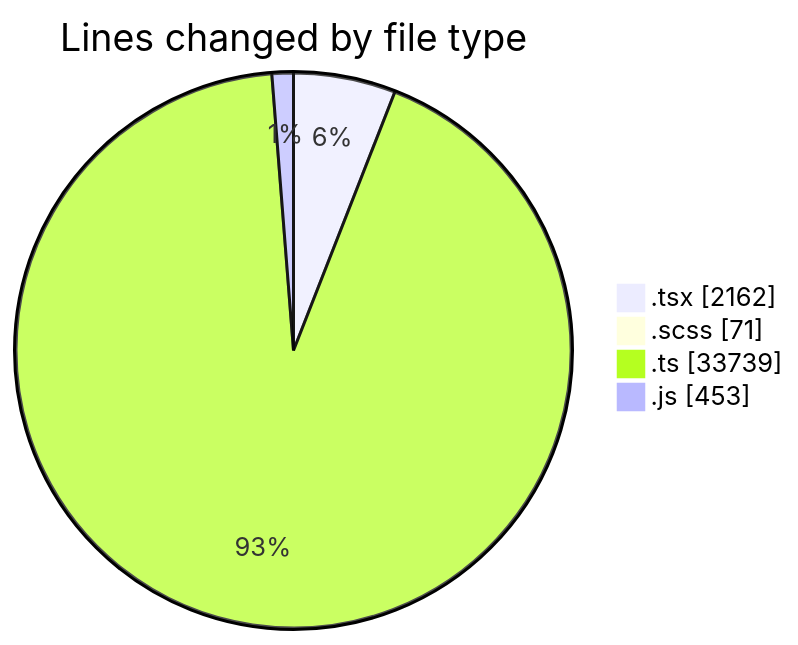
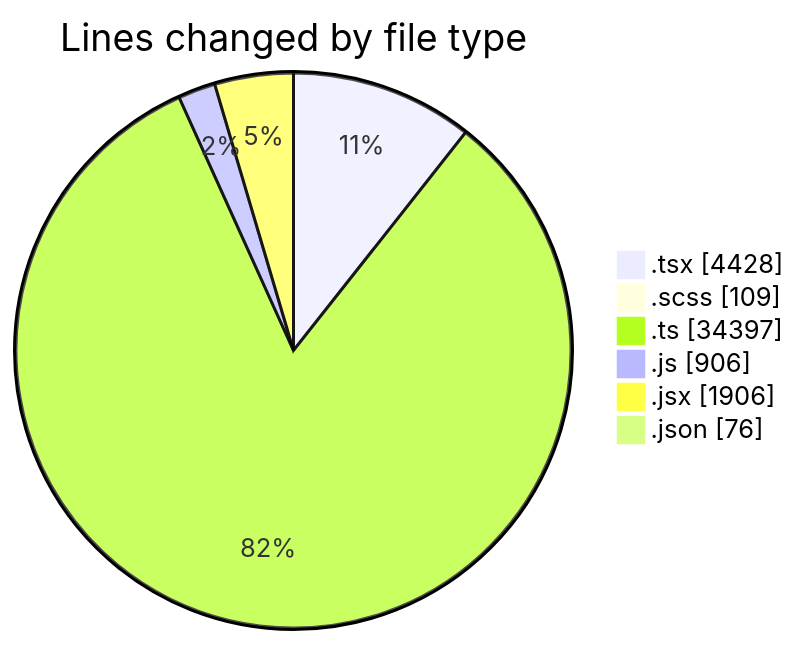
Before and after one commit to momahboobian/code-tracking: the first of 2 diagrams in 2026-09-10/cda/README.md, drawn with Mermaid. The commit also changed other lines of this file and 1 other file, not shown here.

````diff
--- a/2026-09-10/cda/README.md
+++ b/2026-09-10/cda/README.md
@@ -39,8 +75,10 @@
 ```mermaid
 pie showData
 title Lines changed by file type
-".tsx" : 2162
-".scss" : 71
-".ts" : 33739
-".js" : 453
+".tsx" : 4428
+".scss" : 109
+".ts" : 34397
+".js" : 906
+".jsx" : 1906
+".json" : 76
 ```
````
